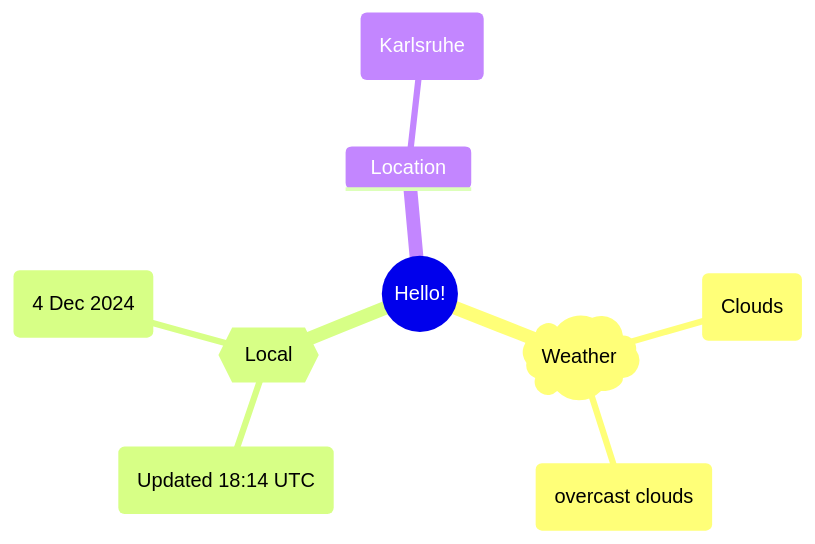
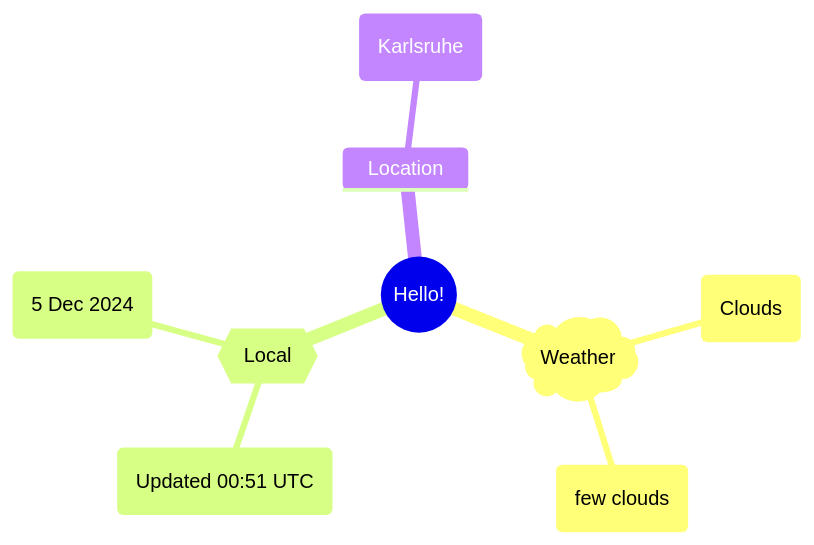
One commit to Xosrov/Xosrov changed the first of 2 diagrams in README.md. Above: the diagram before and after it, drawn with Mermaid.

Commit message:
[bot] updated images

````diff
--- a/README.md
+++ b/README.md
@@ -3,12 +3,12 @@
 ```mermaid
 mindmap
   root((Hello!))
     )Weather(
         (Clouds)
-        (overcast clouds)
+        (few clouds)
     {{Local}}
-        (Updated 18:14 UTC)
-        (4 Dec 2024)
+        (Updated 00:51 UTC)
+        (5 Dec 2024)
     Location
         (Karlsruhe)
 ```
````
